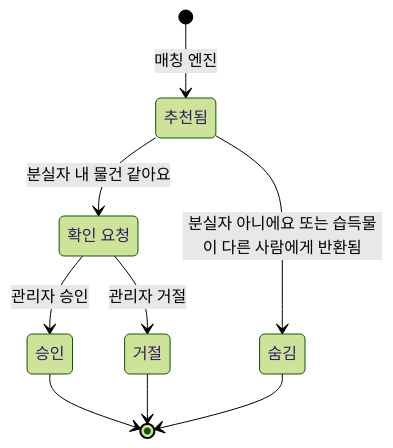
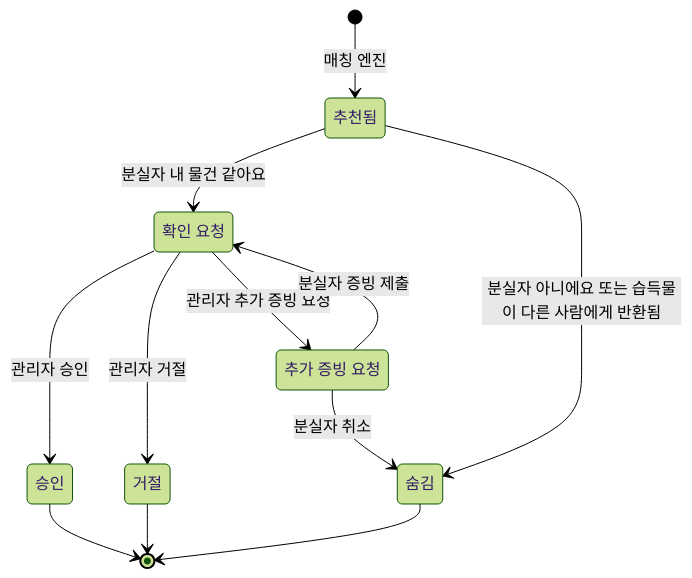
One commit to wjddns0122/itsme changed diagram 13 of 13 in docs/02-user-flows.md. Above: the diagram before and after it, drawn with Mermaid (forest theme). The commit also changed other lines of this file and 14 other files, not shown here.

````diff
--- a/docs/02-user-flows.md
+++ b/docs/02-user-flows.md
@@ -237,16 +293,20 @@
 ```mermaid
 stateDiagram-v2
     state "추천됨" as suggested
     state "확인 요청" as claimed
     state "승인" as approved
     state "거절" as rejected
+    state "추가 증빙 요청" as needs_proof
     state "숨김" as dismissed
     [*] --> suggested: 매칭 엔진
     suggested --> claimed: 분실자 내 물건 같아요
     suggested --> dismissed: 분실자 아니에요 또는 습득물이 다른 사람에게 반환됨
     claimed --> approved: 관리자 승인
     claimed --> rejected: 관리자 거절
+    claimed --> needs_proof: 관리자 추가 증빙 요청
+    needs_proof --> claimed: 분실자 증빙 제출
+    needs_proof --> dismissed: 분실자 취소
     approved --> [*]
     rejected --> [*]
     dismissed --> [*]
 ```
````
